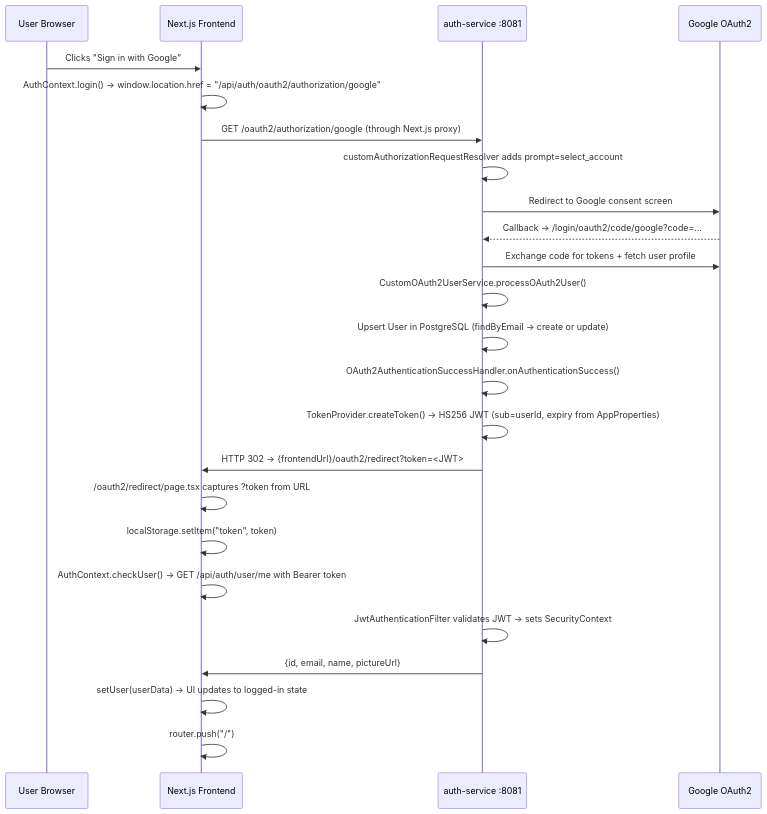
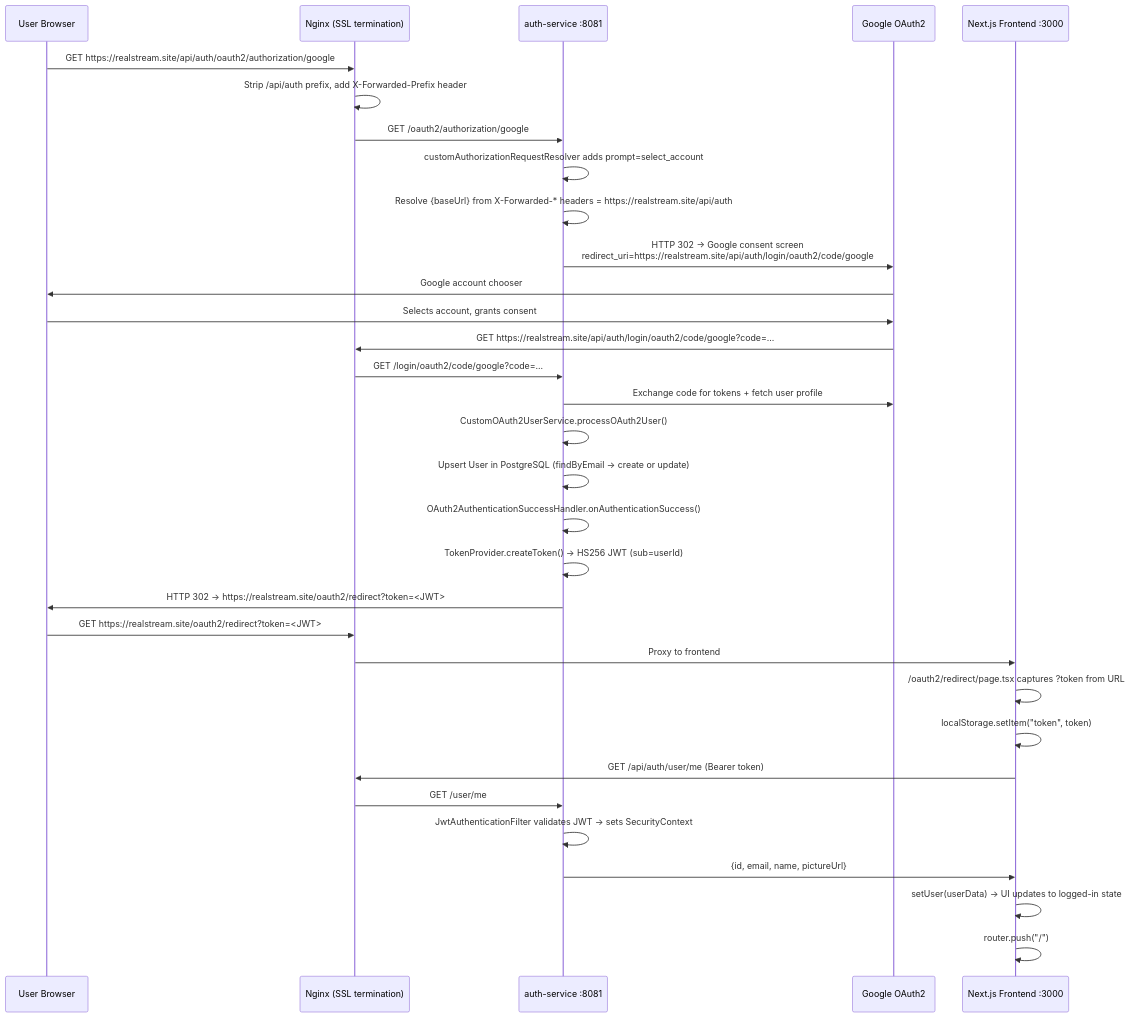
The second of 4 diagrams in realstream_architecture.md (Saurav-Kalaskar/RealStream), drawn with Mermaid before and after one commit. The commit also changed other lines of this file, not shown here.

First line of the commit message:
docs: update architecture for Digital Ocean production deployment

````diff
--- a/realstream_architecture.md
+++ b/realstream_architecture.md
@@ -293,27 +440,35 @@
 ```mermaid
 sequenceDiagram
     participant U as User Browser
-    participant FE as Next.js Frontend
+    participant NX as Nginx (SSL termination)
     participant AUTH as auth-service :8081
     participant G as Google OAuth2
+    participant FE as Next.js Frontend :3000
 
-    U->>FE: Clicks "Sign in with Google"
-    FE->>FE: AuthContext.login() → window.location.href = "/api/auth/oauth2/authorization/google"
-    FE->>AUTH: GET /oauth2/authorization/google (through Next.js proxy)
+    U->>NX: GET https://realstream.site/api/auth/oauth2/authorization/google
+    NX->>NX: Strip /api/auth prefix, add X-Forwarded-Prefix header
+    NX->>AUTH: GET /oauth2/authorization/google
     AUTH->>AUTH: customAuthorizationRequestResolver adds prompt=select_account
-    AUTH->>G: Redirect to Google consent screen
-    G-->>AUTH: Callback → /login/oauth2/code/google?code=...
+    AUTH->>AUTH: Resolve {baseUrl} from X-Forwarded-* headers = https://realstream.site/api/auth
+    AUTH->>G: HTTP 302 → Google consent screen<br/>redirect_uri=https://realstream.site/api/auth/login/oauth2/code/google
+    G->>U: Google account chooser
+    U->>G: Selects account, grants consent
+    G->>NX: GET https://realstream.site/api/auth/login/oauth2/code/google?code=...
+    NX->>AUTH: GET /login/oauth2/code/google?code=...
     AUTH->>G: Exchange code for tokens + fetch user profile
     AUTH->>AUTH: CustomOAuth2UserService.processOAuth2User()
     AUTH->>AUTH: Upsert User in PostgreSQL (findByEmail → create or update)
     AUTH->>AUTH: OAuth2AuthenticationSuccessHandler.onAuthenticationSuccess()
-    AUTH->>AUTH: TokenProvider.createToken() → HS256 JWT (sub=userId, expiry from AppProperties)
-    AUTH->>FE: HTTP 302 → {frontendUrl}/oauth2/redirect?token=<JWT>
+    AUTH->>AUTH: TokenProvider.createToken() → HS256 JWT (sub=userId)
+    AUTH->>U: HTTP 302 → https://realstream.site/oauth2/redirect?token=<JWT>
+    U->>NX: GET https://realstream.site/oauth2/redirect?token=<JWT>
+    NX->>FE: Proxy to frontend
     FE->>FE: /oauth2/redirect/page.tsx captures ?token from URL
     FE->>FE: localStorage.setItem("token", token)
-    FE->>FE: AuthContext.checkUser() → GET /api/auth/user/me with Bearer token
+    FE->>NX: GET /api/auth/user/me (Bearer token)
+    NX->>AUTH: GET /user/me
     AUTH->>AUTH: JwtAuthenticationFilter validates JWT → sets SecurityContext
     AUTH->>FE: {id, email, name, pictureUrl}
     FE->>FE: setUser(userData) → UI updates to logged-in state
     FE->>FE: router.push("/")
 ```
````
